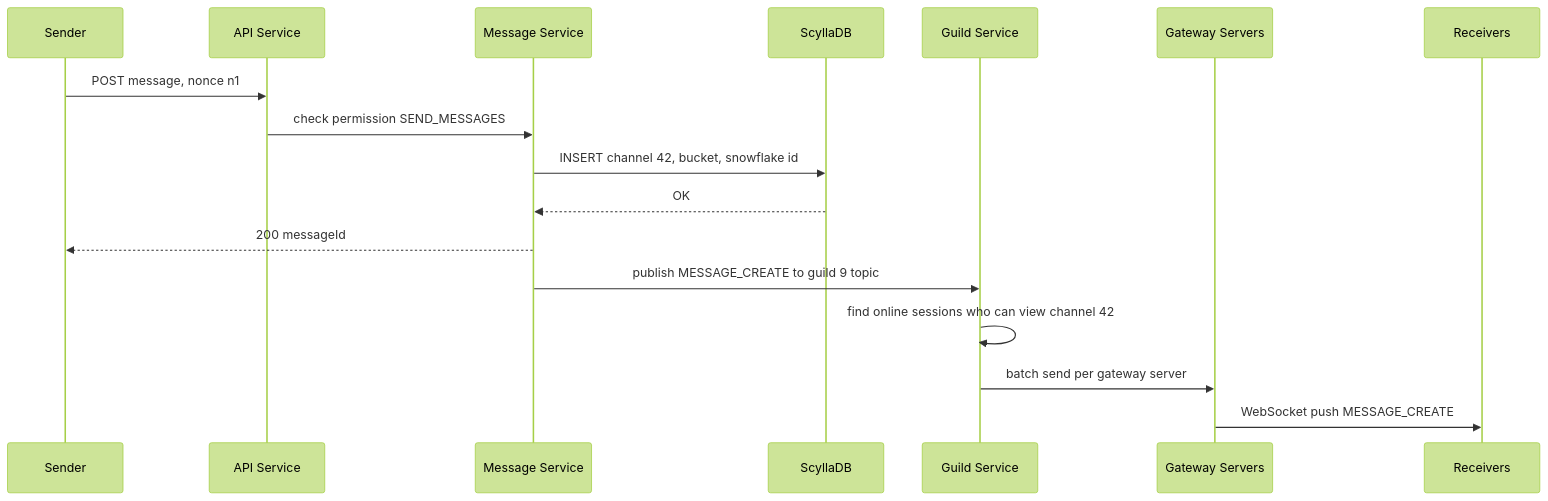
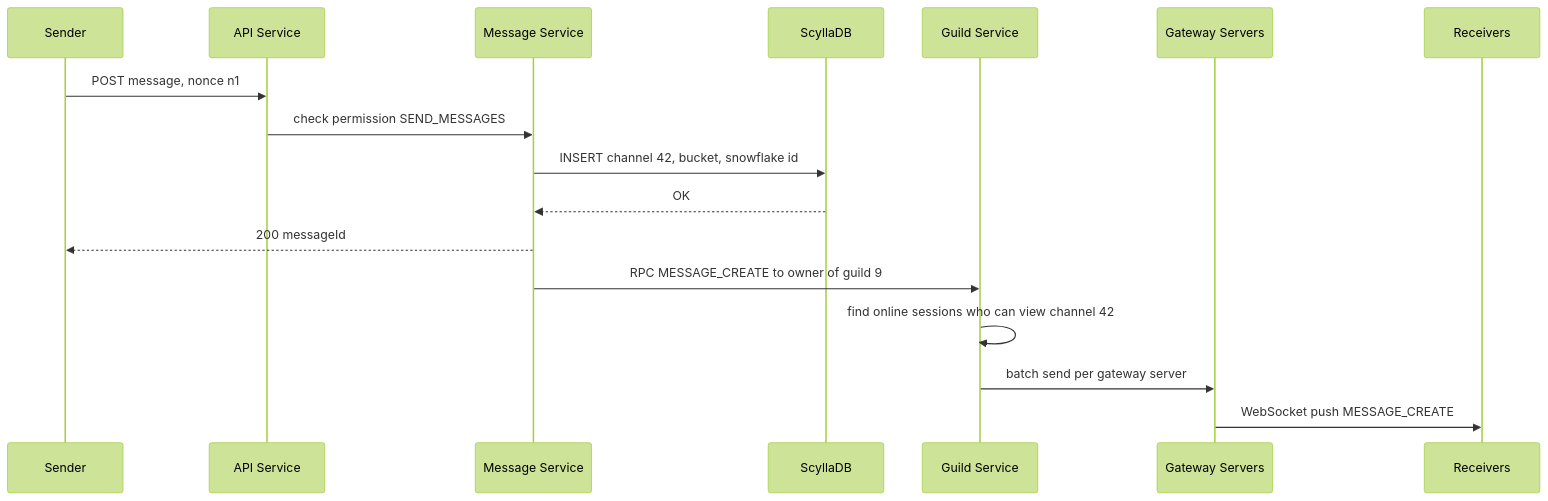
Before and after one commit to flow6979/system-design-prep: the second of 3 diagrams in content-en/02-questions/t2-25-discord.md, drawn with Mermaid (forest theme). The commit also changed other lines of this file and 61 other files, not shown here.

````diff
--- a/content-en/02-questions/t2-25-discord.md
+++ b/content-en/02-questions/t2-25-discord.md
@@ -114,19 +120,19 @@
 ```mermaid
 sequenceDiagram
   participant U as Sender
   participant A as API Service
   participant M as Message Service
   participant DB as ScyllaDB
   participant G as Guild Service
   participant W as Gateway Servers
   participant R as Receivers
   U->>A: POST message, nonce n1
   A->>M: check permission SEND_MESSAGES
   M->>DB: INSERT channel 42, bucket, snowflake id
   DB-->>M: OK
   M-->>U: 200 messageId
-  M->>G: publish MESSAGE_CREATE to guild 9 topic
+  M->>G: RPC MESSAGE_CREATE to owner of guild 9
   G->>G: find online sessions who can view channel 42
   G->>W: batch send per gateway server
   W->>R: WebSocket push MESSAGE_CREATE
 ```
````
